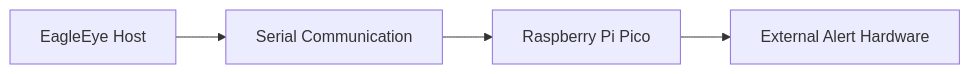
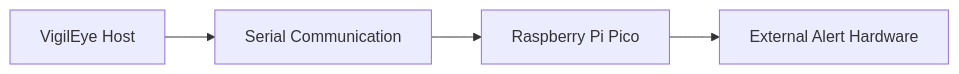
The seventh of 7 diagrams in README.md (rijin-bhaskaran/EagleEye), drawn with Mermaid before and after one commit. The commit also changed other lines of this file and 34 other files, not shown here.

````diff
--- a/README.md
+++ b/README.md
@@ -281,6 +281,6 @@
 ```mermaid
 flowchart LR
-    A[EagleEye Host] --> B[Serial Communication]
+    A[VigilEye Host] --> B[Serial Communication]
     B --> C[Raspberry Pi Pico]
     C --> D[External Alert Hardware]
 ```
````
